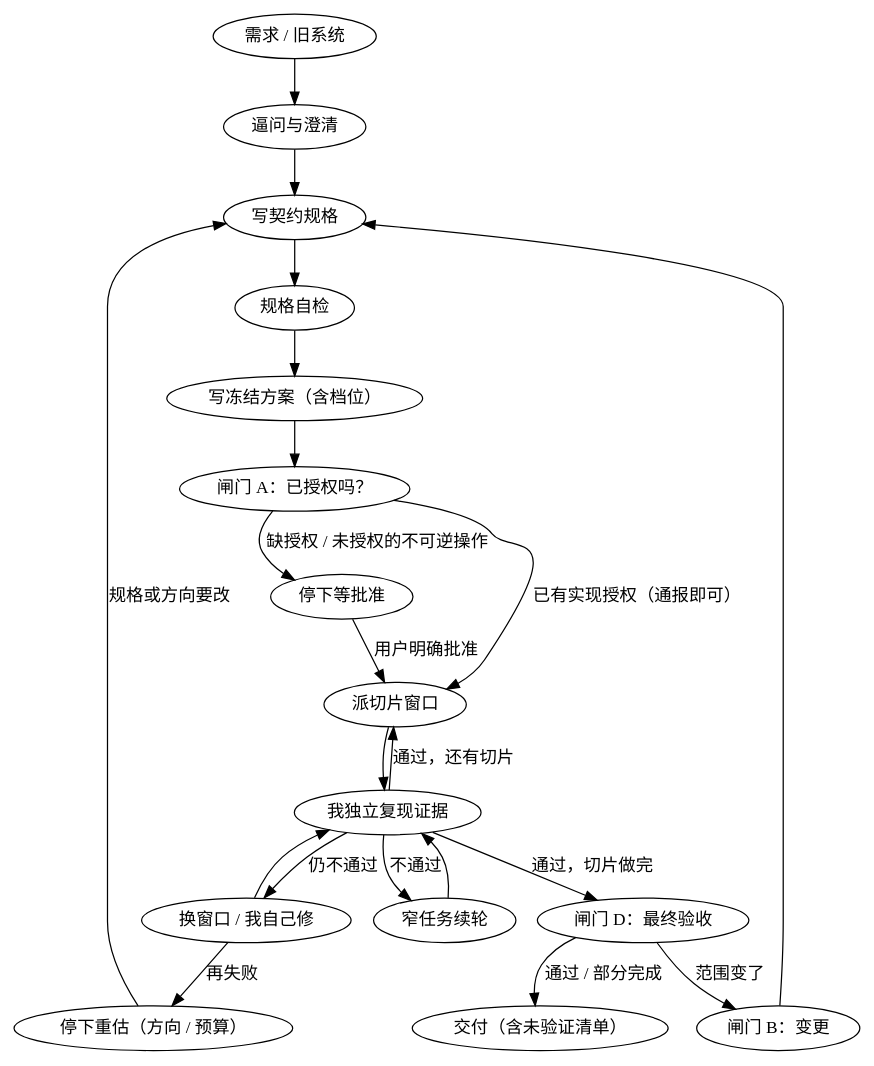
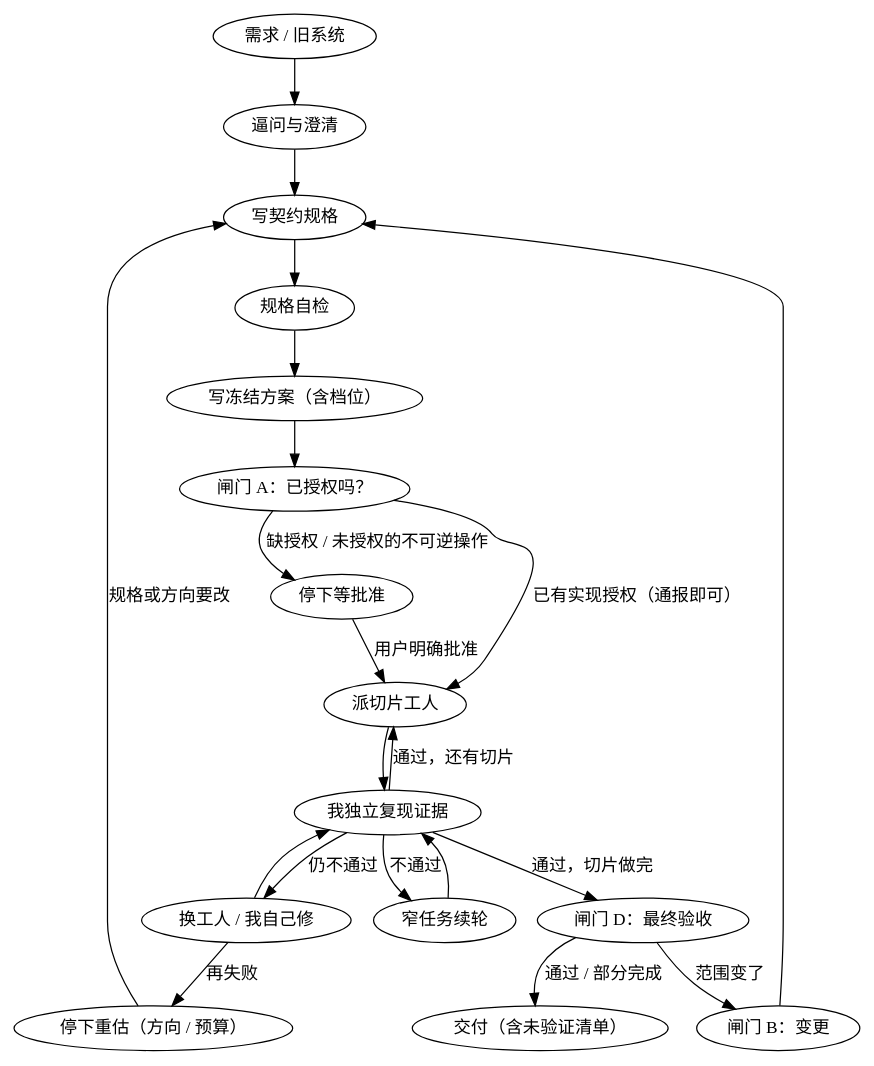
Before and after one commit to Leexunhuan743/orchestrated-build: the diagram in SKILL.md, drawn with Graphviz. The commit also changed other lines of this file and 13 other files, not shown here.

````diff
--- a/SKILL.md
+++ b/SKILL.md
@@ -26,24 +26,24 @@
 ```dot
 digraph loop {
   "需求 / 旧系统" -> "逼问与澄清";
   "逼问与澄清" -> "写契约规格";
   "写契约规格" -> "规格自检";
   "规格自检" -> "写冻结方案（含档位）";
   "写冻结方案（含档位）" -> "闸门 A：已授权吗？";
   "闸门 A：已授权吗？" -> "停下等批准" [label="缺授权 / 未授权的不可逆操作"];
-  "停下等批准" -> "派切片窗口" [label="用户明确批准"];
-  "闸门 A：已授权吗？" -> "派切片窗口" [label="已有实现授权（通报即可）"];
-  "派切片窗口" -> "我独立复现证据";
+  "停下等批准" -> "派切片工人" [label="用户明确批准"];
+  "闸门 A：已授权吗？" -> "派切片工人" [label="已有实现授权（通报即可）"];
+  "派切片工人" -> "我独立复现证据";
   "我独立复现证据" -> "窄任务续轮" [label="不通过"];
   "窄任务续轮" -> "我独立复现证据";
-  "我独立复现证据" -> "换窗口 / 我自己修" [label="仍不通过"];
-  "换窗口 / 我自己修" -> "我独立复现证据";
-  "换窗口 / 我自己修" -> "停下重估（方向 / 预算）" [label="再失败"];
+  "我独立复现证据" -> "换工人 / 我自己修" [label="仍不通过"];
+  "换工人 / 我自己修" -> "我独立复现证据";
+  "换工人 / 我自己修" -> "停下重估（方向 / 预算）" [label="再失败"];
   "停下重估（方向 / 预算）" -> "写契约规格" [label="规格或方向要改"];
-  "我独立复现证据" -> "派切片窗口" [label="通过，还有切片"];
+  "我独立复现证据" -> "派切片工人" [label="通过，还有切片"];
   "我独立复现证据" -> "闸门 D：最终验收" [label="通过，切片做完"];
   "闸门 D：最终验收" -> "闸门 B：变更" [label="范围变了"];
   "闸门 B：变更" -> "写契约规格";
   "闸门 D：最终验收" -> "交付（含未验证清单）" [label="通过 / 部分完成"];
 }
 ```
````
